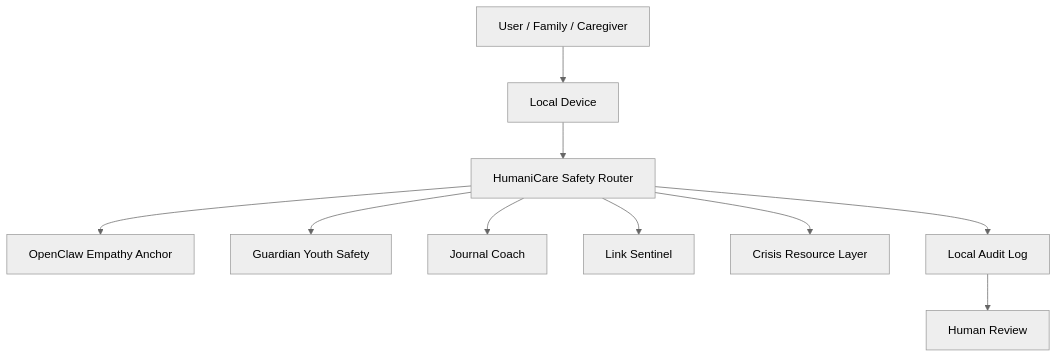
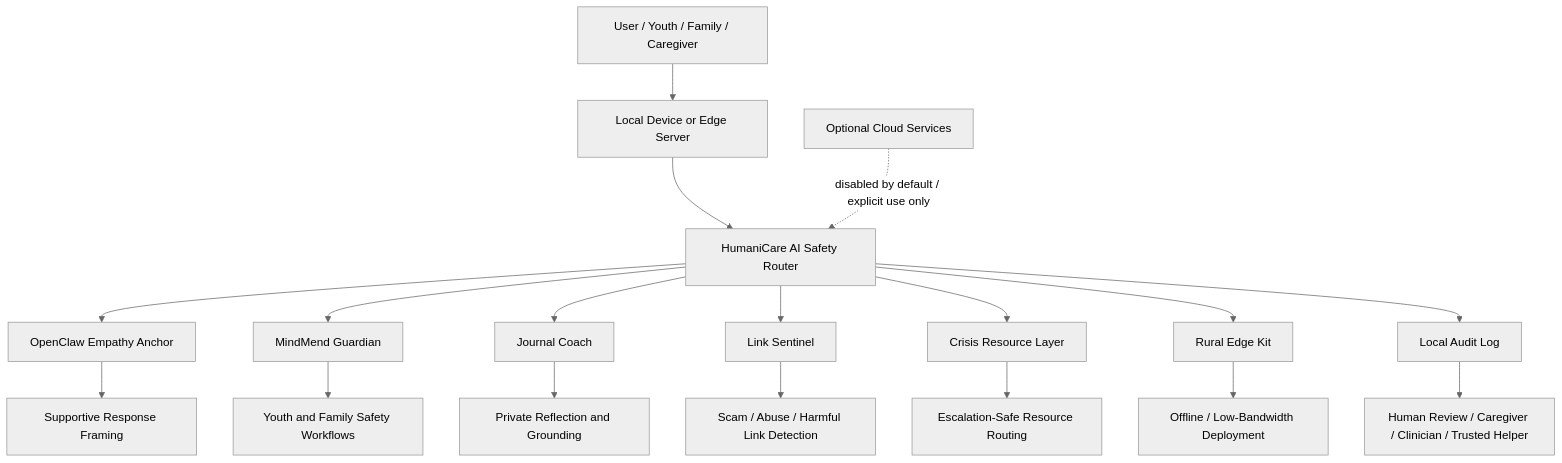
Before and after one commit to MiMindMendinc/OpenClaw-Empathy-Anchor-MindMend-OpenClaw-: the diagram in README.md, drawn with Mermaid (neutral theme). The commit also changed other lines of this file, not shown here.

Commit message:
Add final HumaniCare architecture diagram to OpenClaw README

````diff
--- a/README.md
+++ b/README.md
@@ -50,12 +50,25 @@
 ```mermaid
 flowchart TD
-    A[User / Family / Caregiver] --> B[Local Device]
-    B --> C[HumaniCare Safety Router]
+    A[User / Youth / Family / Caregiver] --> B[Local Device or Edge Server]
+
+    B --> C[HumaniCare AI Safety Router]
+
     C --> D[OpenClaw Empathy Anchor]
-    C --> E[Guardian Youth Safety]
+    C --> E[MindMend Guardian]
     C --> F[Journal Coach]
     C --> G[Link Sentinel]
     C --> H[Crisis Resource Layer]
-    C --> I[Local Audit Log]
-    I --> J[Human Review]
+    C --> I[Rural Edge Kit]
+
+    D --> D1[Supportive Response Framing]
+    E --> E1[Youth and Family Safety Workflows]
+    F --> F1[Private Reflection and Grounding]
+    G --> G1[Scam / Abuse / Harmful Link Detection]
+    H --> H1[Escalation-Safe Resource Routing]
+    I --> I1[Offline / Low-Bandwidth Deployment]
+
+    C --> J[Local Audit Log]
+    J --> K[Human Review / Caregiver / Clinician / Trusted Helper]
+
+    L[Optional Cloud Services] -. disabled by default / explicit use only .-> C
 ```
````
